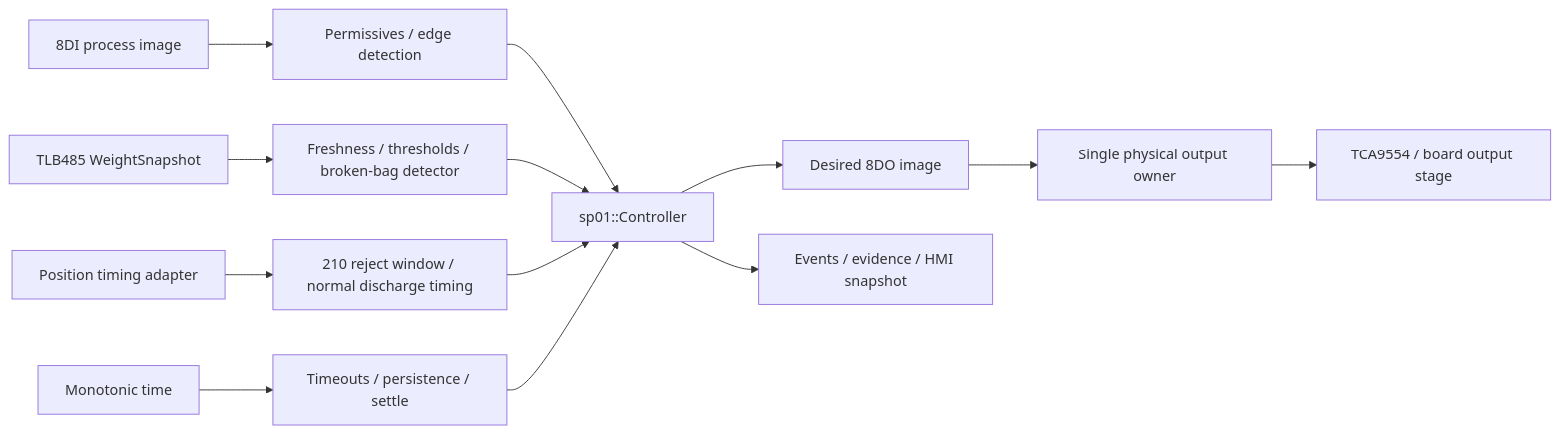
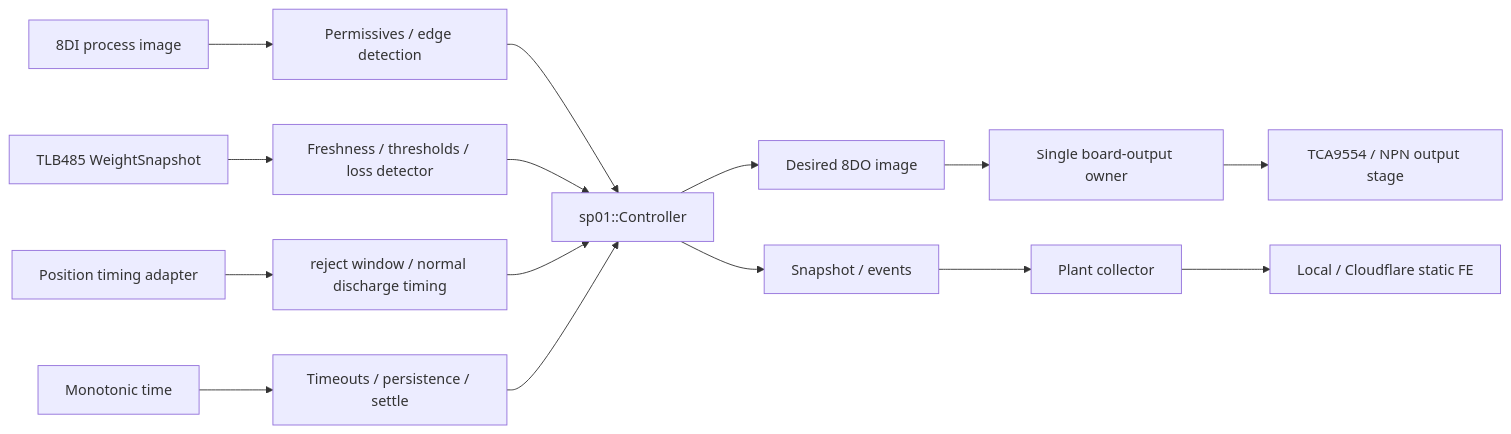
One commit to plantops/filling-controller changed the second of 2 diagrams in docs/SP01_CANONICAL_VIEWS.md. Above: the diagram before and after it, drawn with Mermaid. The commit also changed other lines of this file, not shown here.

````diff
--- a/docs/SP01_CANONICAL_VIEWS.md
+++ b/docs/SP01_CANONICAL_VIEWS.md
@@ -184,15 +243,17 @@
 ```mermaid
 flowchart LR
     DI[8DI process image] --> P[Permissives / edge detection]
-    TLB[TLB485 WeightSnapshot] --> Q[Freshness / thresholds / broken-bag detector]
-    POS[Position timing adapter] --> R[210 reject window / normal discharge timing]
+    TLB[TLB485 WeightSnapshot] --> Q[Freshness / thresholds / loss detector]
+    POS[Position timing adapter] --> R[reject window / normal discharge timing]
     CLK[Monotonic time] --> TM[Timeouts / persistence / settle]
     P --> FSM[sp01::Controller]
     Q --> FSM
     R --> FSM
     TM --> FSM
     FSM --> O[Desired 8DO image]
-    O --> OWN[Single physical output owner]
-    OWN --> HW[TCA9554 / board output stage]
-    FSM --> E[Events / evidence / HMI snapshot]
+    O --> OWN[Single board-output owner]
+    OWN --> HW[TCA9554 / NPN output stage]
+    FSM --> S[Snapshot / events]
+    S --> COL[Plant collector]
+    COL --> HMI[Local / Cloudflare static FE]
 ```
````
